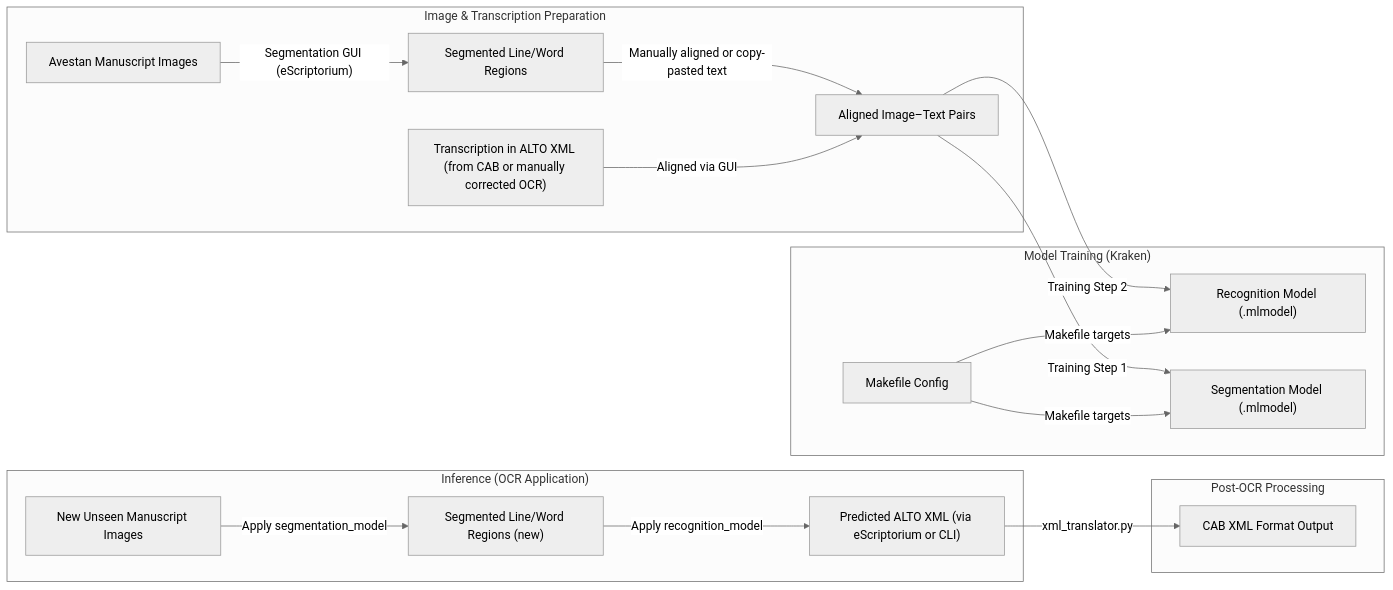
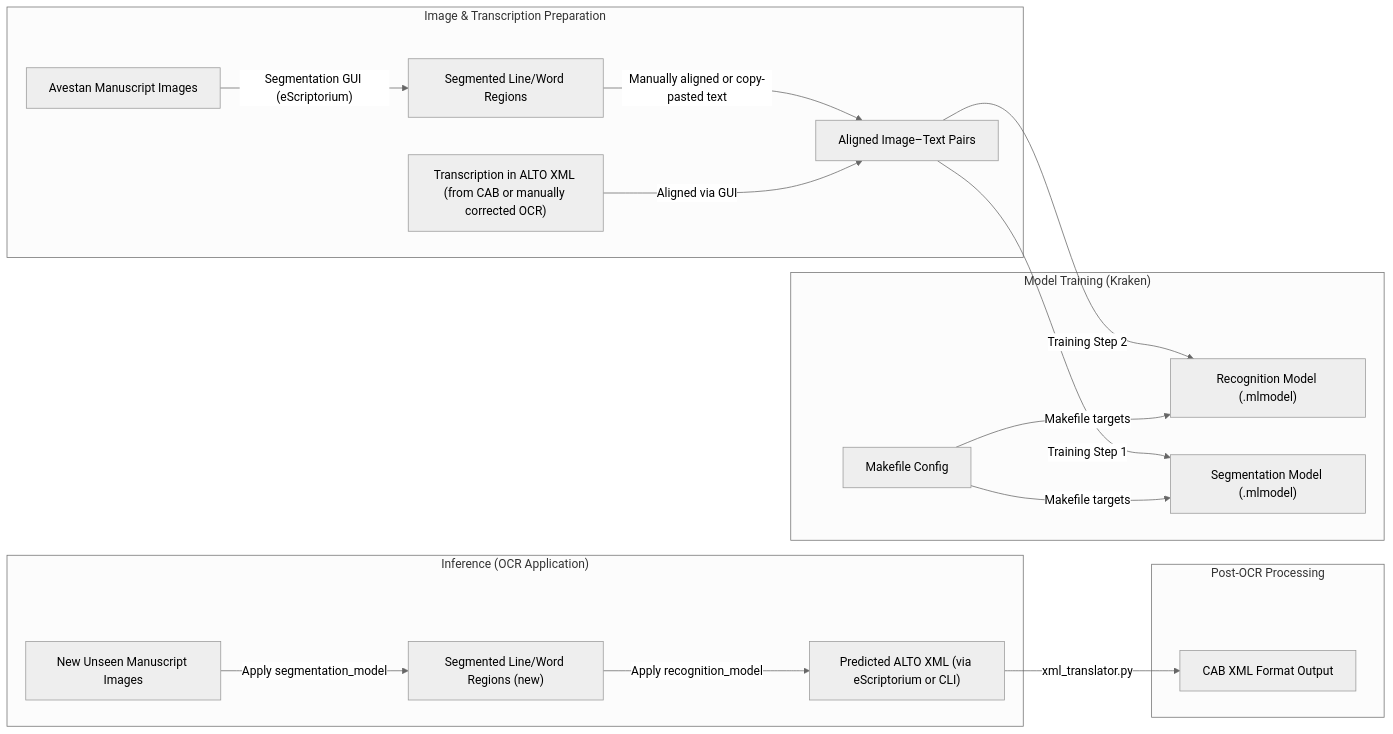
One commit to niktayek/Avestan-Text-Processing-Suite changed the diagram in applying_OCR/README.md. Above: the diagram before and after it, drawn with Mermaid (neutral theme).

Commit message:
Mermaid sapaces

````diff
--- a/applying_OCR/README.md
+++ b/applying_OCR/README.md
@@ -25,38 +25,46 @@
 ```mermaid
 graph LR
+
+  %% Add padding so long subgraph titles don't overlap nodes
+  classDef invisible fill:transparent,stroke:transparent,opacity:0;
+
   subgraph "Image & Transcription Preparation"
+    pad1[" "]:::invisible
     manuscript_images["Avestan Manuscript Images"]
     transcription_xml["Transcription in ALTO XML (from CAB or manually corrected OCR)"]
     segmented_data["Segmented Line/Word Regions"]
     labeled_training_data["Aligned Image–Text Pairs"]
 
     manuscript_images -->|"Segmentation GUI (eScriptorium)"| segmented_data
     segmented_data -->|"Manually aligned or copy-pasted text"| labeled_training_data
     transcription_xml -->|"Aligned via GUI"| labeled_training_data
   end
 
   subgraph "Model Training (Kraken)"
+    pad2[" "]:::invisible
     training_config["Makefile Config"]
     recognition_model["Recognition Model (.mlmodel)"]
     segmentation_model["Segmentation Model (.mlmodel)"]
 
     labeled_training_data -->|"Training Step 1"| segmentation_model
     labeled_training_data -->|"Training Step 2"| recognition_model
     training_config -->|"Makefile targets"| recognition_model
     training_config -->|"Makefile targets"| segmentation_model
   end
 
   subgraph "Inference (OCR Application)"
+    pad3[" "]:::invisible
     new_images["New Unseen Manuscript Images"]
     segmented_data_new["Segmented Line/Word Regions (new)"]
     predicted_xml["Predicted ALTO XML (via eScriptorium or CLI)"]
 
     new_images -->|"Apply segmentation_model"| segmented_data_new
     segmented_data_new -->|"Apply recognition_model"| predicted_xml
   end
 
   subgraph "Post-OCR Processing"
+    pad4[" "]:::invisible
     cab_format_output["CAB XML Format Output"]
     predicted_xml -->|"xml_translator.py"| cab_format_output
   end
 ```
````
